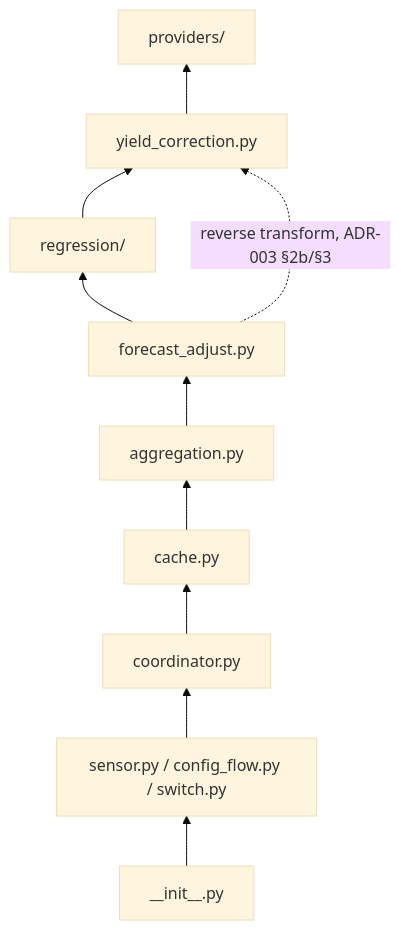
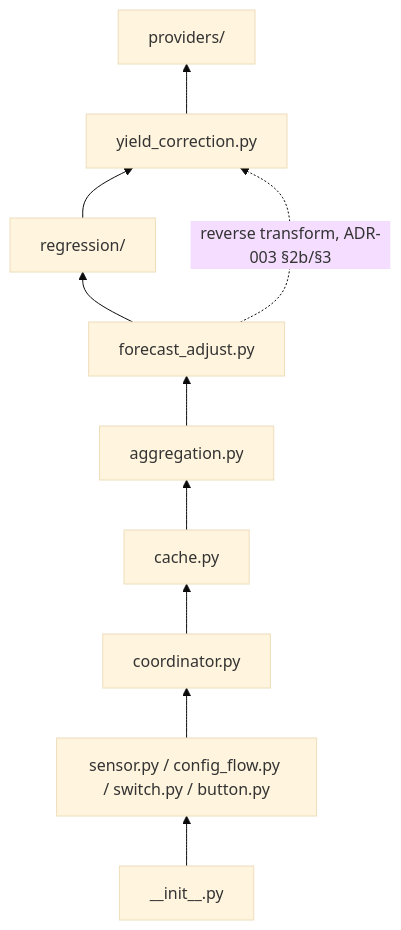
One commit to eschnepel/shady changed the diagram in adr/000-coding-standards.md. Above: the diagram before and after it, drawn with Mermaid (base theme). The commit also changed other lines of this file and 9 other files, not shown here.

````diff
--- a/adr/000-coding-standards.md
+++ b/adr/000-coding-standards.md
@@ -73,22 +77,22 @@
 ```mermaid
 flowchart BT
     providers["providers/"]
     yield_correction["yield_correction.py"]
     regression["regression/"]
     forecast_adjust["forecast_adjust.py"]
     aggregation["aggregation.py"]
     cache["cache.py"]
     coordinator["coordinator.py"]
-    entity_glue["sensor.py / config_flow.py / switch.py"]
+    entity_glue["sensor.py / config_flow.py / switch.py / button.py"]
     init["__init__.py"]
 
     yield_correction --> providers
     regression --> yield_correction
     forecast_adjust --> regression
     aggregation --> forecast_adjust
     cache --> aggregation
     coordinator --> cache
     entity_glue --> coordinator
     init --> entity_glue
     forecast_adjust -.->|"reverse transform, ADR-003 §2b/§3"| yield_correction
 ```
````
